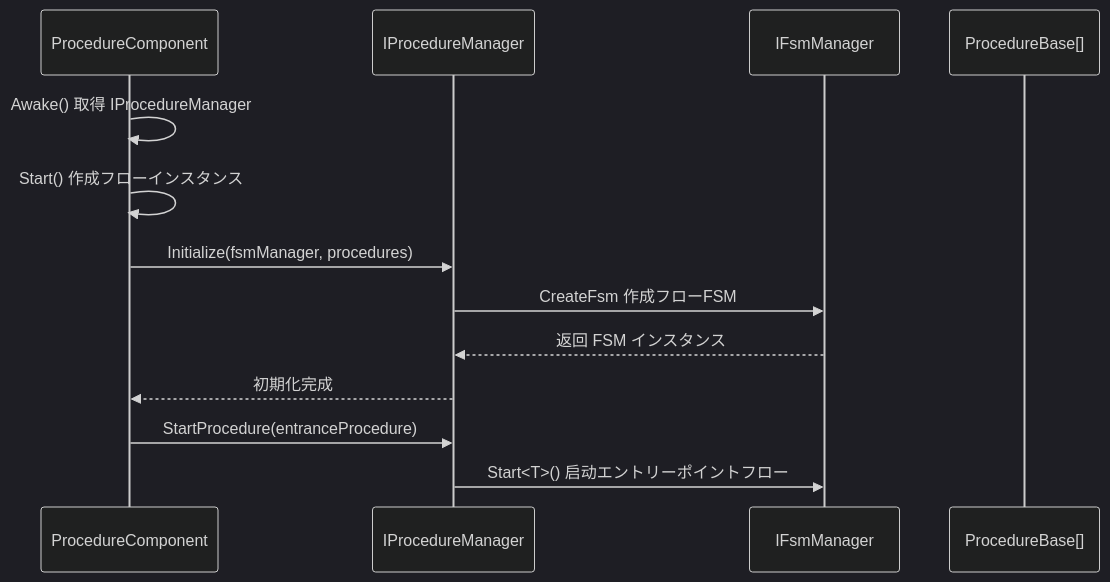
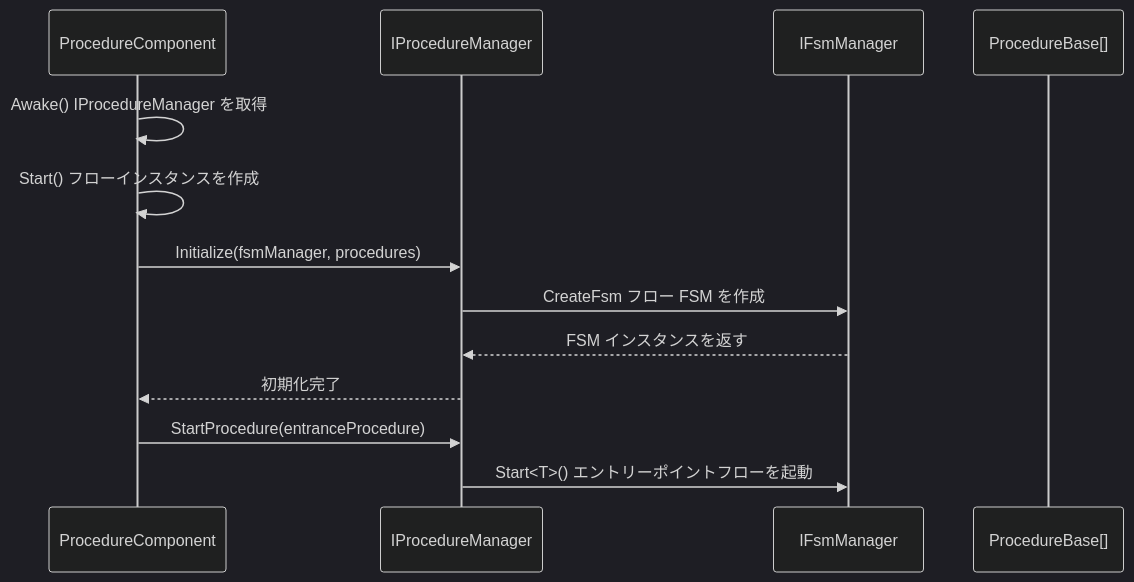
The second of 3 diagrams in docs/ja/client/unity/component/procedure/05.iprocedure-manager.md (AlianBlank/GameFrameX.Docs), drawn with Mermaid (dark theme) before and after one commit. The commit also changed other lines of this file and 320 other files, not shown here.

````diff
--- a/docs/ja/client/unity/component/procedure/05.iprocedure-manager.md
+++ b/docs/ja/client/unity/component/procedure/05.iprocedure-manager.md
@@ -69,16 +69,16 @@
 ```mermaid
 sequenceDiagram
     participant PC as ProcedureComponent
     participant IPM as IProcedureManager
     participant FSM as IFsmManager
     participant Proc as ProcedureBase[]
 
-    PC->>PC: Awake() 取得 IProcedureManager
-    PC->>PC: Start() 作成フローインスタンス
+    PC->>PC: Awake() IProcedureManager を取得
+    PC->>PC: Start() フローインスタンスを作成
     PC->>IPM: Initialize(fsmManager, procedures)
-    IPM->>FSM: CreateFsm 作成フローFSM
-    FSM-->>IPM: 返回 FSM インスタンス
-    IPM-->>PC: 初期化完成
+    IPM->>FSM: CreateFsm フロー FSM を作成
+    FSM-->>IPM: FSM インスタンスを返す
+    IPM-->>PC: 初期化完了
     PC->>IPM: StartProcedure(entranceProcedure)
-    IPM->>FSM: Start<T>() 启动エントリーポイントフロー
+    IPM->>FSM: Start<T>() エントリーポイントフローを起動
 ```
````
